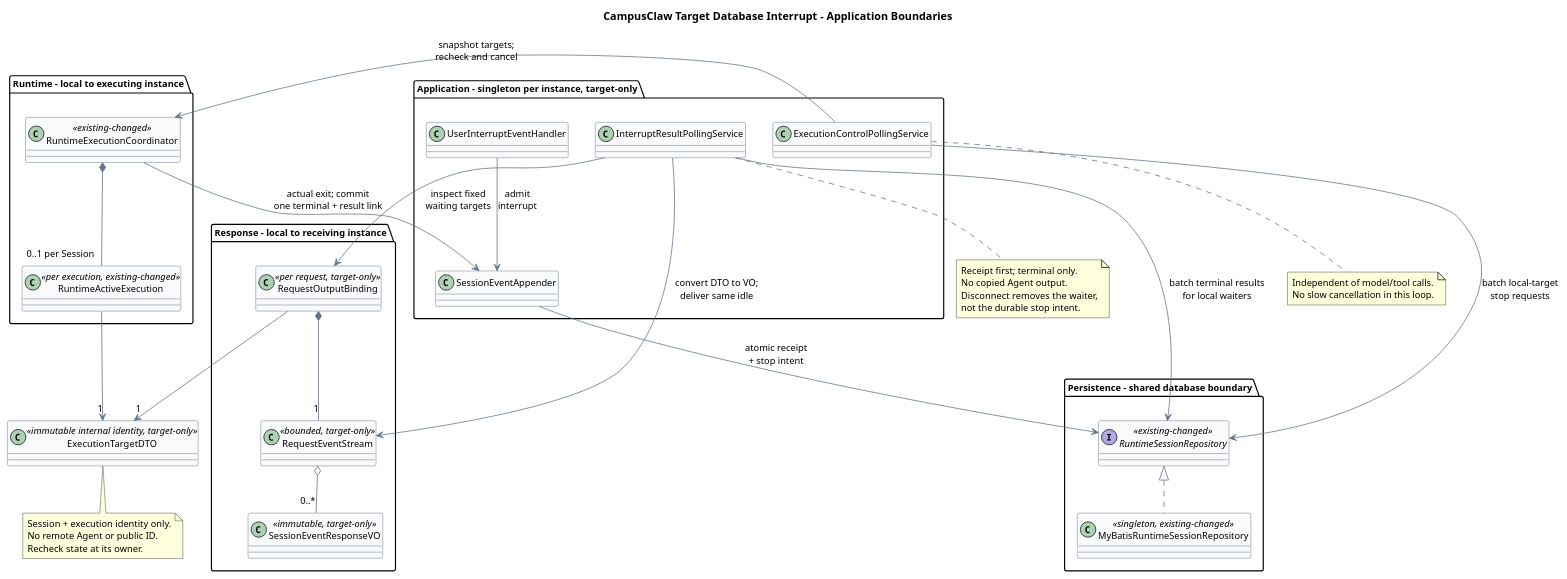
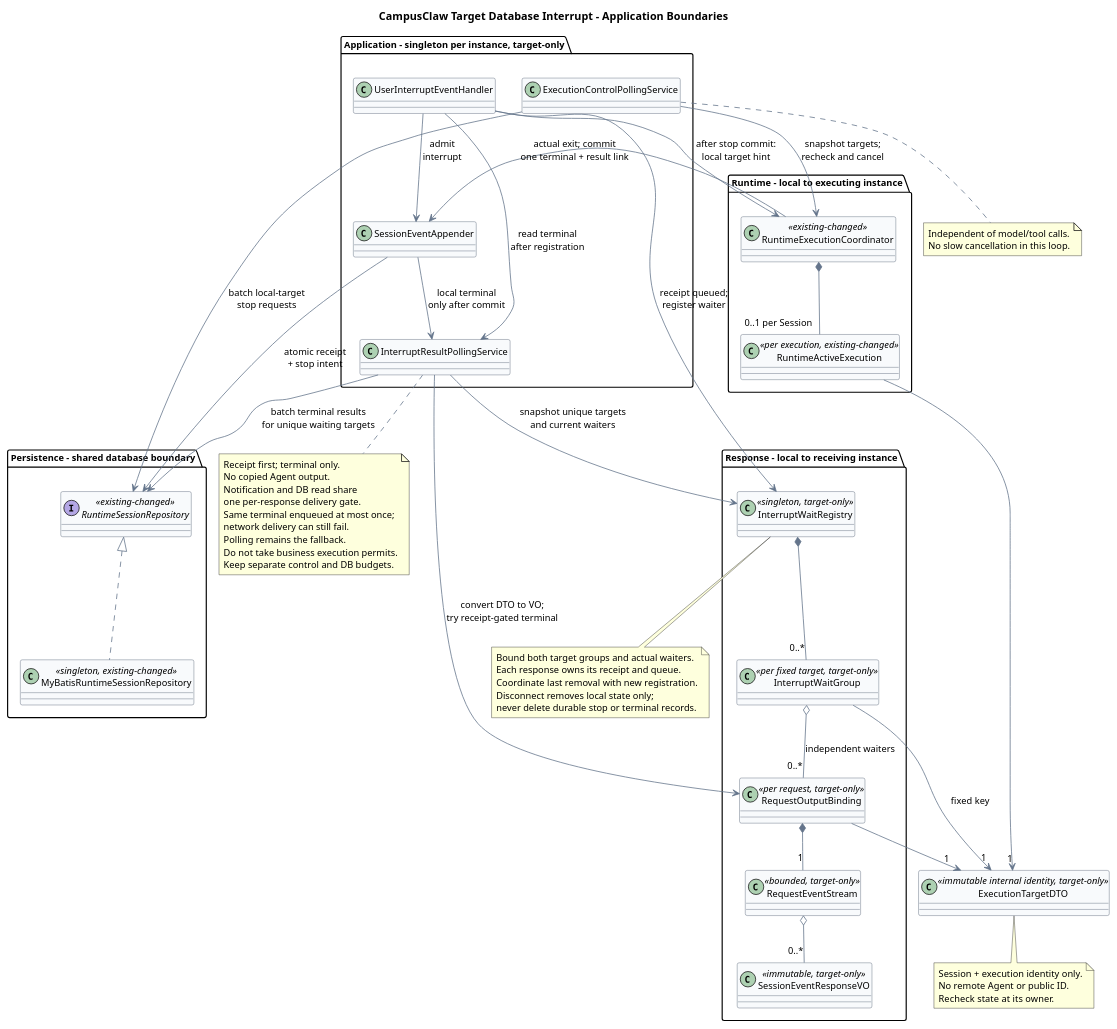
Before and after one commit to ssm0808/pi-mono-java-design: the fifth of 5 diagrams in 01-总体架构/01-CampusClaw多Agent运行时/设计图/事件接口重设计/diagram.puml, drawn with PlantUML. The commit also changed other lines of this file and 14 other files, not shown here.

```diff
--- a/01-总体架构/01-CampusClaw多Agent运行时/设计图/事件接口重设计/diagram.puml
+++ b/01-总体架构/01-CampusClaw多Agent运行时/设计图/事件接口重设计/diagram.puml
@@ -380,72 +408,100 @@
 @startuml target_database_interrupt_classes
 title CampusClaw Target Database Interrupt - Application Boundaries
 ' Source evidence: pi-mono-java 918005ee8ccc88d179fc31a0de17a92b4a01383b.
 ' campusclaw/src/main/java/com/huawei/hicampus/claw/codingagent/runtimeapi/runtime/RuntimeSessionEngineRegistry.java,
 ' register/find: active execution objects are process-local.
 ' campusclaw/src/main/java/com/huawei/hicampus/claw/codingagent/runtimeapi/persistence/MyBatisRuntimeSessionRepository.java,
 ' acceptUserEvent/finishExecution: existing transaction adapter; no durable stop handoff.
 ' Observed behavior: current control and completion handles cannot cross JVM boundaries.
 ' Target-only design: every instance deploys both polling services; each owns local work only.
 ' Design reason: share durable identity and results, never a remote mutable Agent reference.
+' Supplementary source: pi-mono-java dfb90cac4e233e09a0b8f047f7e9f4682f5ad238.
+' campusclaw/src/main/java/com/huawei/hicampus/claw/codingagent/runtimeapi/event/RuntimeEventStream.java,
+' attach/emit/complete: one subscriber and bounded queue; unchanged from 918005e.
+' campusclaw/src/main/java/com/huawei/hicampus/claw/codingagent/runtimeapi/event/RuntimeExecutionCoordinator.java,
+' completeExecution: current persistence/completion, not a v2 after-commit terminal callback.
+' Observed behavior: registry, properties, stream, coordinator and application.properties
+' are unchanged between 918005e and dfb90ca; M7 remains a target-only architecture change.
 skinparam backgroundColor #FFFFFF
 skinparam shadowing false
 skinparam defaultFontName Arial
 skinparam defaultFontSize 12
 skinparam class {
   BackgroundColor #F8FAFC
   BorderColor #475569
   ArrowColor #64748B
 }
 top to bottom direction
 package "Application - singleton per instance, target-only" {
   class "UserInterruptEventHandler" as Accept
   class "SessionEventAppender" as Append
   class "ExecutionControlPollingService" as Control
   class "InterruptResultPollingService" as Result
 }
 package "Runtime - local to executing instance" {
   class "RuntimeExecutionCoordinator" as Runtime <<existing-changed>>
   class "RuntimeActiveExecution" as Execution <<per execution, existing-changed>>
 }
 package "Response - local to receiving instance" {
+  class "InterruptWaitRegistry" as Waiters <<singleton, target-only>>
+  class "InterruptWaitGroup" as Group <<per fixed target, target-only>>
   class "RequestOutputBinding" as Binding <<per request, target-only>>
   class "RequestEventStream" as Stream <<bounded, target-only>>
   class "SessionEventResponseVO" as VO <<immutable, target-only>>
 }
 package "Persistence - shared database boundary" {
   interface "RuntimeSessionRepository" as Repo <<existing-changed>>
   class "MyBatisRuntimeSessionRepository" as Adapter <<singleton, existing-changed>>
 }
 class "ExecutionTargetDTO" as Target <<immutable internal identity, target-only>>
 
 Accept --> Append : admit\ninterrupt
+Accept --> Waiters : receipt queued;\nregister waiter
+Accept --> Result : read terminal\nafter registration
+Accept --> Runtime : after stop commit:\nlocal target hint
 Append --> Repo : atomic receipt\n+ stop intent
+Append --> Result : local terminal\nonly after commit
 Control --> Repo : batch local-target\nstop requests
 Control --> Runtime : snapshot targets;\nrecheck and cancel
 Runtime *-- "0..1 per Session" Execution
 Runtime --> Append : actual exit; commit\none terminal + result link
-Result --> Repo : batch terminal results\nfor local waiters
-Result --> Binding : inspect fixed\nwaiting targets
-Result --> Stream : convert DTO to VO;\ndeliver same idle
+Result --> Repo : batch terminal results\nfor unique waiting targets
+Result --> Waiters : snapshot unique targets\nand current waiters
+Result --> Binding : convert DTO to VO;\ntry receipt-gated terminal
+Waiters *-- "0..*" Group
+Group --> "1" Target : fixed key
+Group o-- "0..*" Binding : independent waiters
 Binding --> "1" Target
 Execution --> "1" Target
 Binding *-- "1" Stream
 Stream o-- "0..*" VO
 Repo <|.. Adapter
 
 note bottom of Target
 Session + execution identity only.
 No remote Agent or public ID.
 Recheck state at its owner.
 end note
 note bottom of Control
 Independent of model/tool calls.
 No slow cancellation in this loop.
 end note
 note bottom of Result
 Receipt first; terminal only.
 No copied Agent output.
-Disconnect removes the waiter,
-not the durable stop intent.
+Notification and DB read share
+one per-response delivery gate.
+Same terminal enqueued at most once;
+network delivery can still fail.
+Polling remains the fallback.
+Do not take business execution permits.
+Keep separate control and DB budgets.
+end note
+note bottom of Waiters
+Bound both target groups and actual waiters.
+Each response owns its receipt and queue.
+Coordinate last removal with new registration.
+Disconnect removes local state only;
+never delete durable stop or terminal records.
 end note
 @enduml
```
